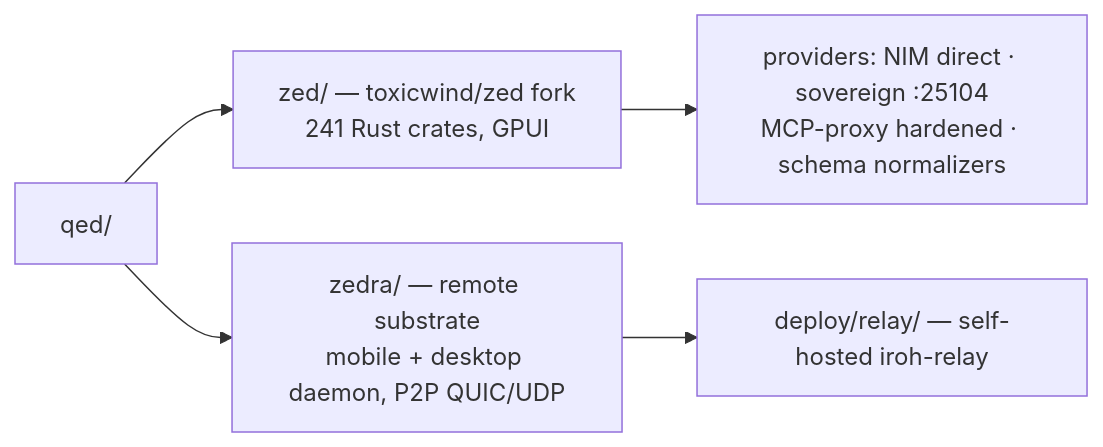
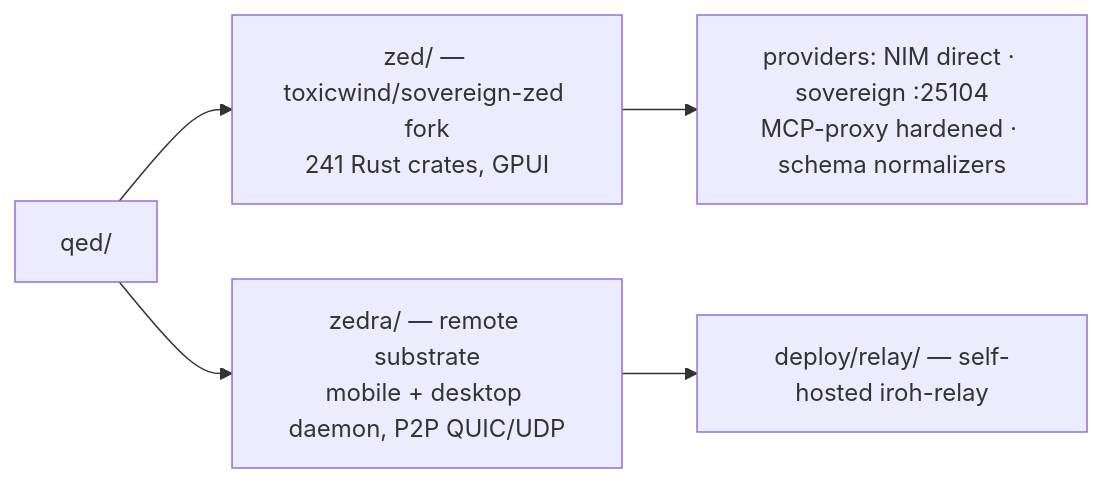
The diagram in projects/qed/README.md (toxicwind/estate), drawn with Mermaid before and after one commit. The commit also changed other lines of this file and 9 other files, not shown here.

````diff
--- a/projects/qed/README.md
+++ b/projects/qed/README.md
@@ -20,8 +20,8 @@
 ```mermaid
 flowchart LR
     Q[qed/]
-    Q --> Z[zed/ — toxicwind/zed fork<br/>241 Rust crates, GPUI]
+    Q --> Z[zed/ — toxicwind/sovereign-zed fork<br/>241 Rust crates, GPUI]
     Q --> R[zedra/ — remote substrate<br/>mobile + desktop daemon, P2P QUIC/UDP]
     Z --> P["providers: NIM direct · sovereign :25104<br/>MCP-proxy hardened · schema normalizers"]
     R --> D[deploy/relay/ — self-hosted iroh-relay]
 ```
````
